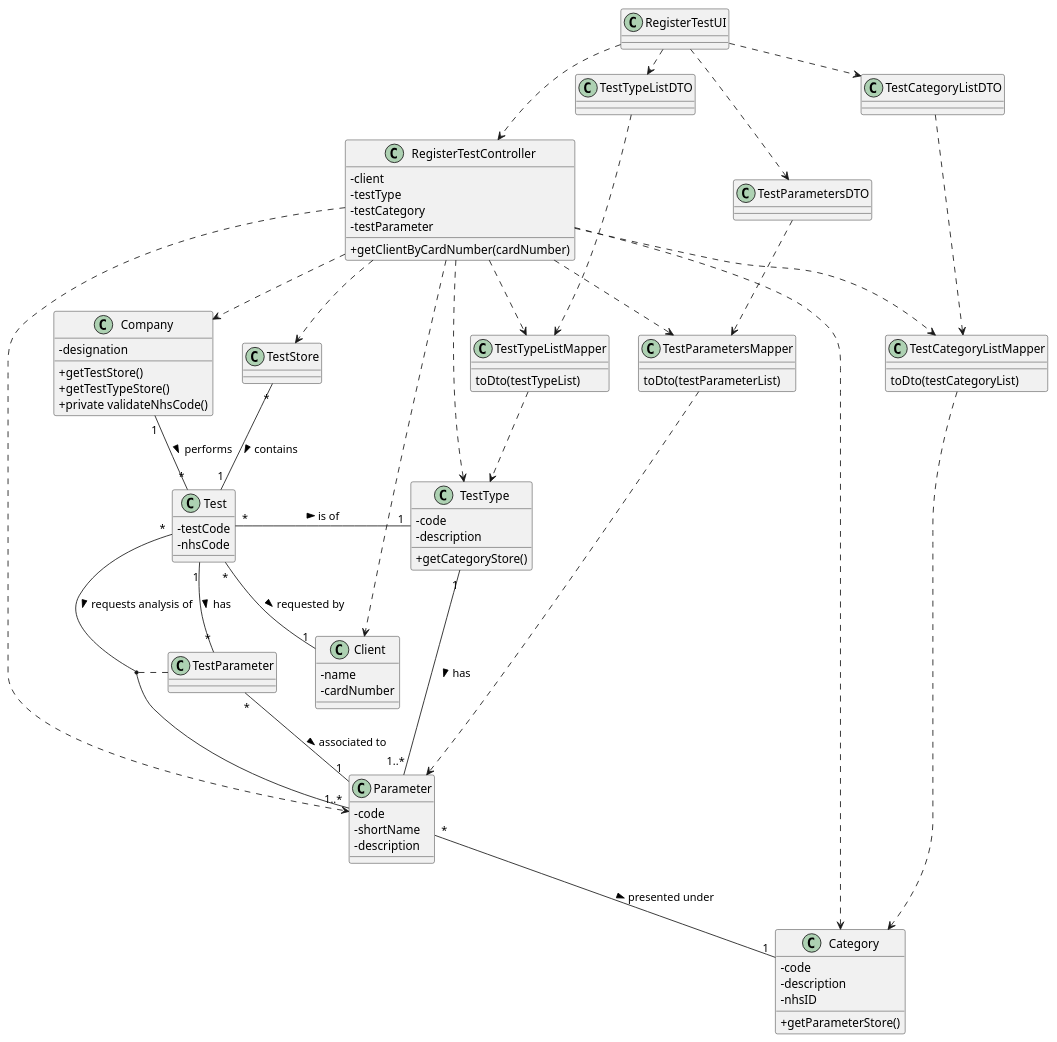
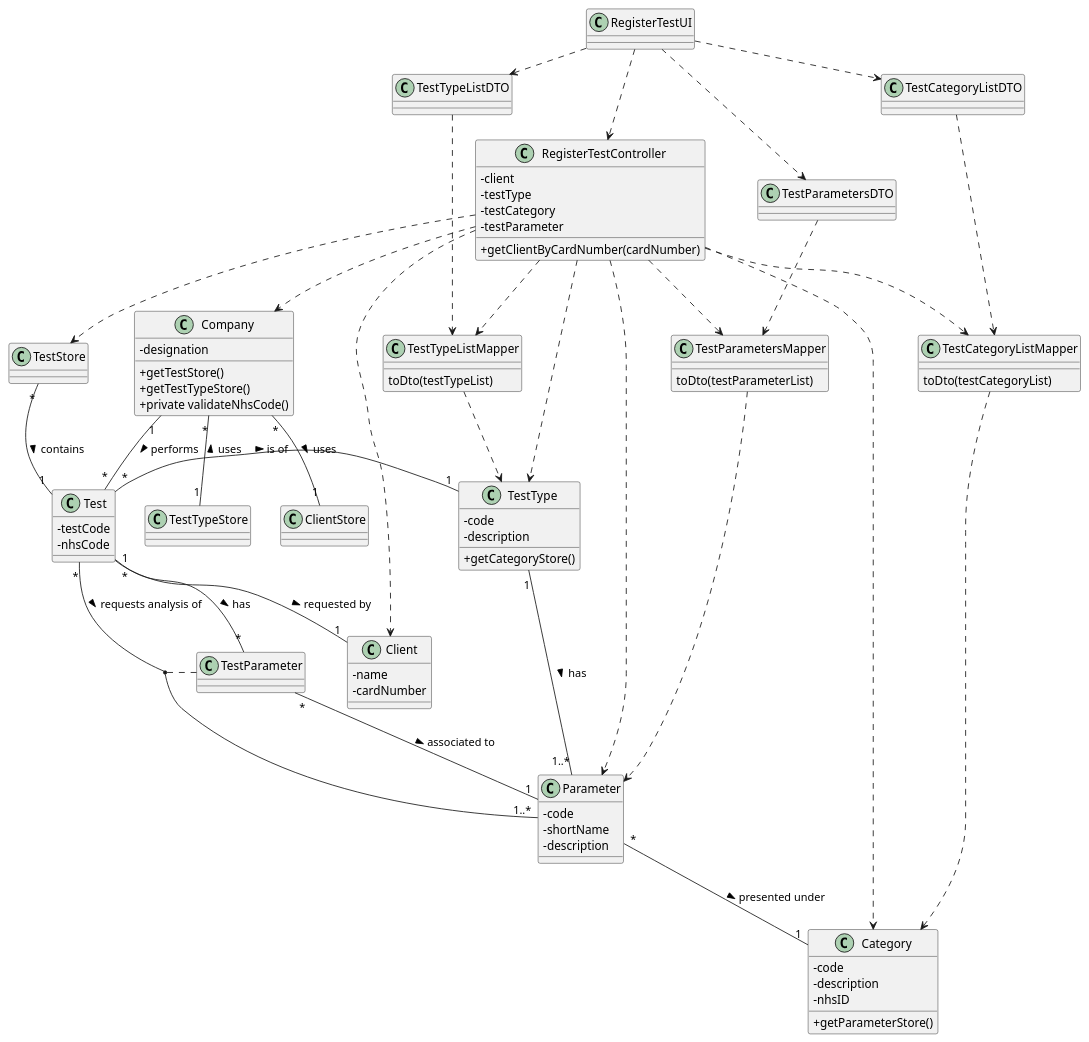
The diagram in docs/SprintC/US4/US4_CD.puml (MadDinosaur/ISEP-LAPR2), drawn with PlantUML before and after one commit. The commit also changed 2 other files, not shown here.

```diff
--- a/docs/SprintC/US4/US4_CD.puml
+++ b/docs/SprintC/US4/US4_CD.puml
@@ -1,92 +1,95 @@
 @startuml
 
 skinparam classAttributeIconSize 0
 
 class RegisterTestUI
 class RegisterTestController {
 -client
 -testType
 -testCategory
 -testParameter
-
-
 +getClientByCardNumber(cardNumber)
-
 }
 
 
 class Company {
 -designation
 +getTestStore()
 +getTestTypeStore()
 +private validateNhsCode()
 }
 class TestStore
 class Test {
 -testCode
 -nhsCode
 }
 class Client {
 -name
 -cardNumber
 }
 class TestType {
 -code
 -description
 +getCategoryStore()
 }
 class Parameter {
 -code
 -shortName
 -description
 }
 class Category {
 -code
 -description
 -nhsID
 +getParameterStore()
 }
 class TestTypeListDTO
 class TestTypeListMapper{
 toDto(testTypeList)
 }
 class TestCategoryListDTO
 class TestCategoryListMapper{
 toDto(testCategoryList)
 }
 class TestParametersDTO
 class TestParametersMapper{
 toDto(testParameterList)
 }
+class ClientStore
+class TestTypeStore
+
 
 Test "*"--"1..*" Parameter : requests analysis of >
 TestType "1"--"1..*" Parameter : has >
 Test "*"--"1" Client : requested by >
 Test "*"-up-"1" Company : performs <
 Test "*"-right-"1" "TestType" : is of >
 Parameter "*"--"1" Category : presented under >
 RegisterTestUI ..> RegisterTestController
 RegisterTestController ..> Company
 RegisterTestController ..> TestStore
 TestStore "*"--"1" "Test" : contains >
 RegisterTestController ..> TestType
 RegisterTestController ..> Parameter
 RegisterTestController ..> Category
 RegisterTestController ..> Client
 RegisterTestUI .right.> TestTypeListDTO
 TestTypeListDTO .down.> TestTypeListMapper
 TestTypeListMapper ..> TestType
 RegisterTestController ..> TestTypeListMapper
 RegisterTestUI .right.> TestCategoryListDTO
 TestCategoryListDTO .down.> TestCategoryListMapper
 TestCategoryListMapper ..> Category
 RegisterTestController ..> TestCategoryListMapper
 RegisterTestUI .right.> TestParametersDTO
 TestParametersDTO .down.> TestParametersMapper
 TestParametersMapper ..> Parameter
 RegisterTestController ..> TestParametersMapper
 (Test, Parameter) .. TestParameter
 TestParameter "*"-"1" Parameter : associated to >
 TestParameter "*"--"1" Test : has <
+Company "*"--"1" ClientStore : uses >
+Company "*"--"1" TestTypeStore : uses <
+
 
 @enduml
```
